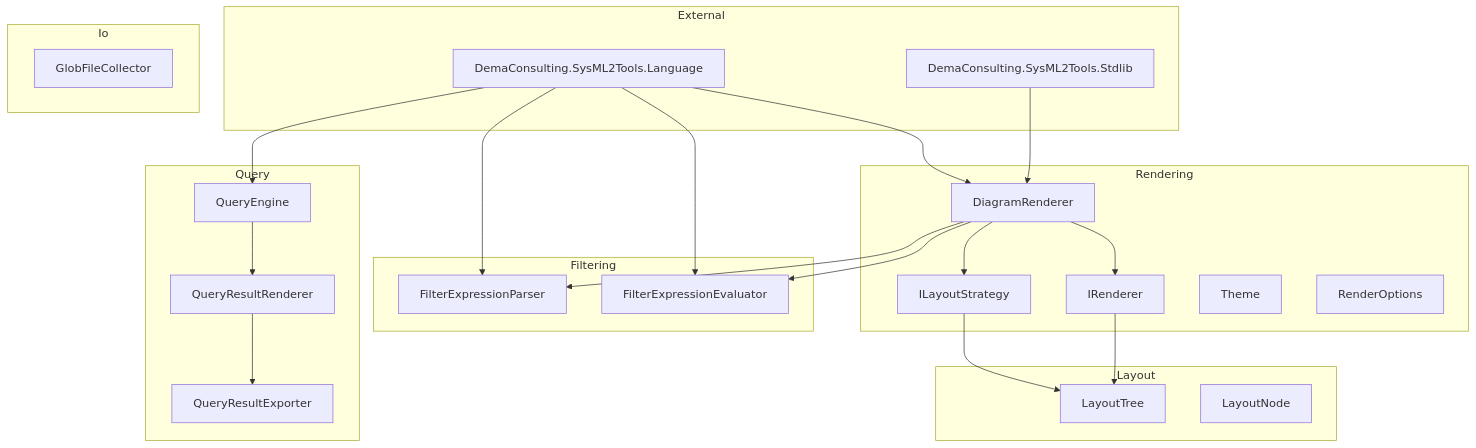
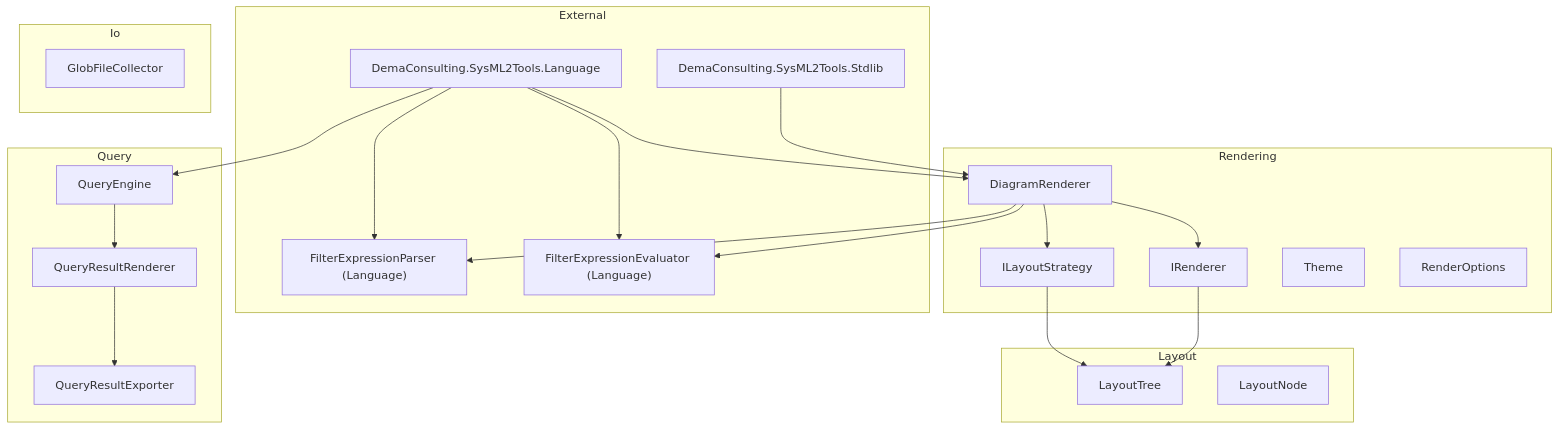
The diagram in docs/design/sysml2-tools-core.md (demaconsulting/SysML2Tools), drawn with Mermaid before and after one commit. The commit also changed other lines of this file and 60 other files, not shown here.

````diff
--- a/docs/design/sysml2-tools-core.md
+++ b/docs/design/sysml2-tools-core.md
@@ -27,43 +27,41 @@
 ```mermaid
 flowchart TD
     subgraph External
         Language["DemaConsulting.SysML2Tools.Language"]
         Stdlib["DemaConsulting.SysML2Tools.Stdlib"]
-    end
-    subgraph Filtering
-        FilterExpressionParser
-        FilterExpressionEvaluator
+        FilterExpressionParser["FilterExpressionParser (Language)"]
+        FilterExpressionEvaluator["FilterExpressionEvaluator (Language)"]
     end
     subgraph Layout
         LayoutTree
         LayoutNode
     end
     subgraph Rendering
         DiagramRenderer
         ILayoutStrategy
         IRenderer
         Theme
         RenderOptions
     end
     subgraph Query
         QueryEngine
         QueryResultRenderer
         QueryResultExporter
     end
     subgraph Io
         GlobFileCollector
     end
     Language --> FilterExpressionParser
     Language --> FilterExpressionEvaluator
     Language --> DiagramRenderer
     Language --> QueryEngine
     Stdlib --> DiagramRenderer
     QueryEngine --> QueryResultRenderer
     QueryResultRenderer --> QueryResultExporter
     DiagramRenderer --> FilterExpressionParser
     DiagramRenderer --> FilterExpressionEvaluator
     DiagramRenderer --> ILayoutStrategy
     DiagramRenderer --> IRenderer
     ILayoutStrategy --> LayoutTree
     IRenderer --> LayoutTree
 ```
````
